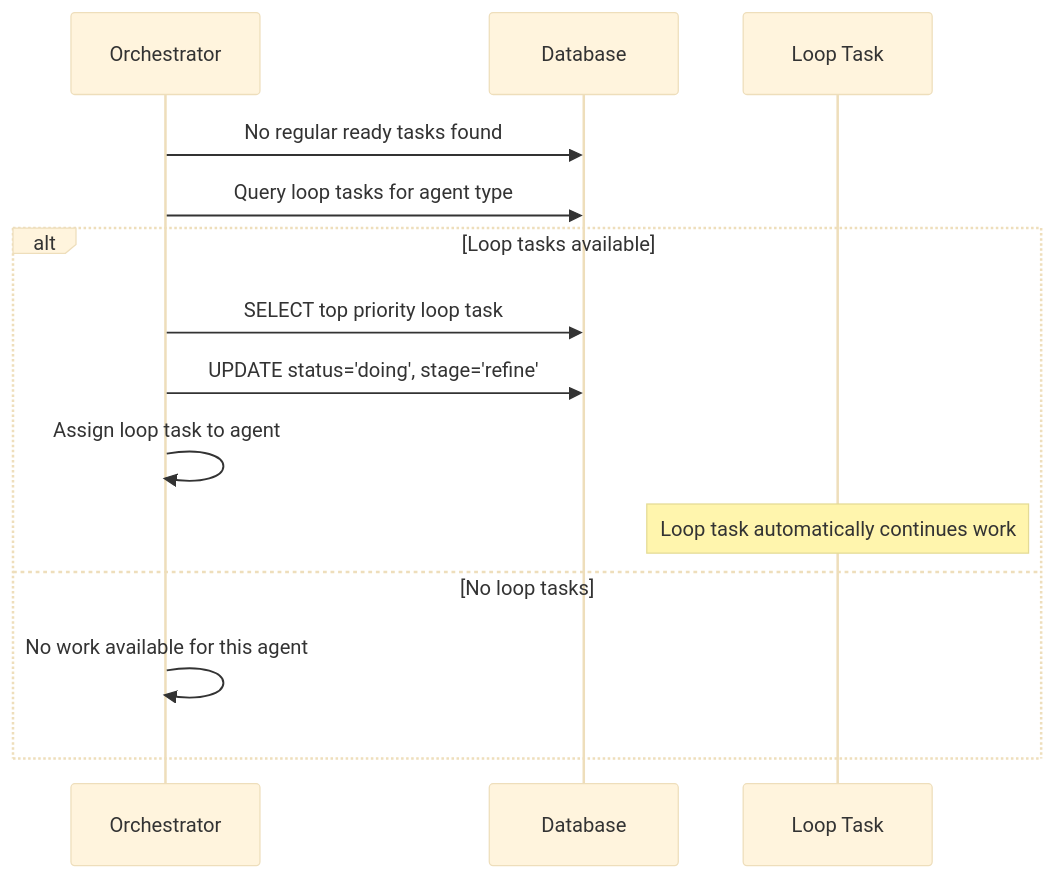
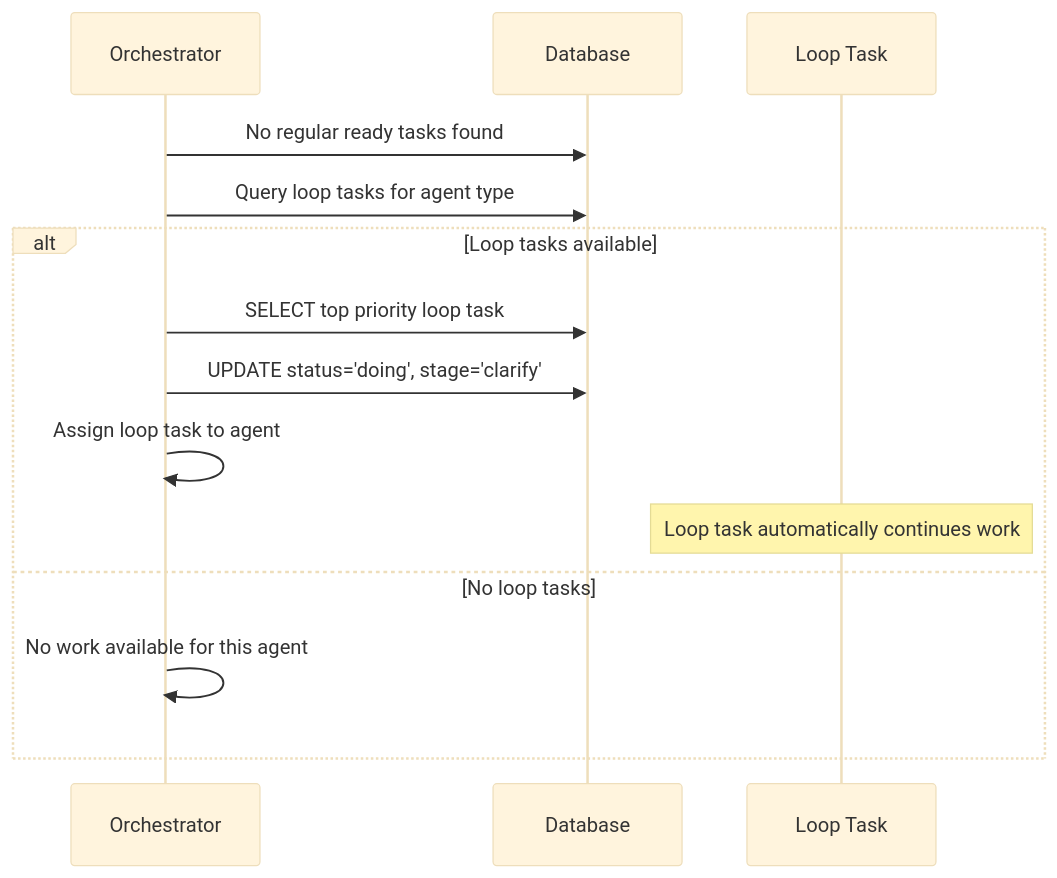
The seventh of 7 diagrams in docs/feature-flows/ai-orchestration.md (ivawzh/v0-bun-hono-tanstack-router), drawn with Mermaid (base theme) before and after one commit. The commit also changed other lines of this file and 32 other files, not shown here.

````diff
--- a/docs/feature-flows/ai-orchestration.md
+++ b/docs/feature-flows/ai-orchestration.md
@@ -330,17 +330,17 @@
 ```mermaid
 sequenceDiagram
     participant O as Orchestrator
     participant DB as Database
     participant LT as Loop Task
 
     O->>DB: No regular ready tasks found
     O->>DB: Query loop tasks for agent type
     alt Loop tasks available
         O->>DB: SELECT top priority loop task
-        O->>DB: UPDATE status='doing', stage='refine'
+        O->>DB: UPDATE status='doing', stage='clarify'
         O->>O: Assign loop task to agent
         Note over LT: Loop task automatically continues work
     else No loop tasks
         O->>O: No work available for this agent
     end
 ```
````
